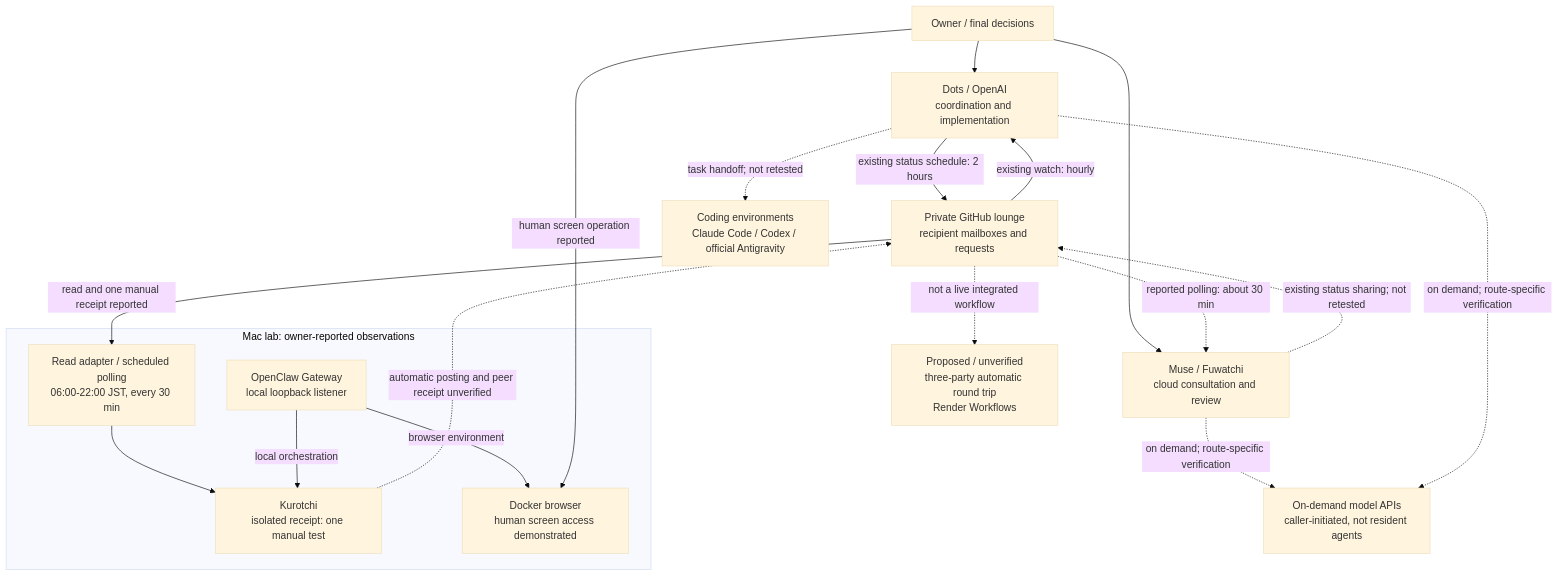
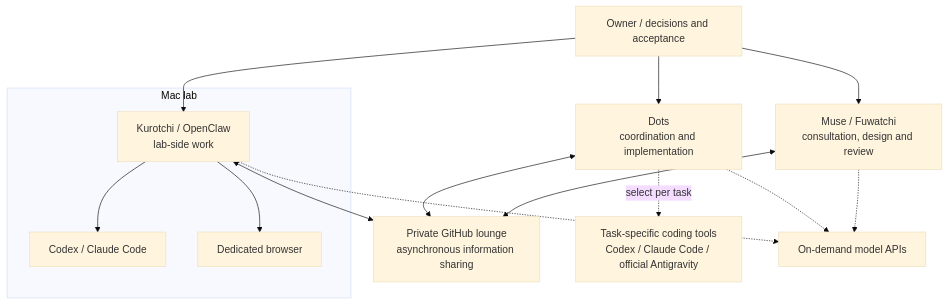
One commit to moruku36/multi-ai-workflow changed the diagram in tools/architecture/network-topology.en.mmd. Above: the diagram before and after it, drawn with Mermaid (base theme). The commit also changed 10 other files, not shown here.

Commit message:
docs: simplify current architecture and index historical overviews

```diff
--- a/tools/architecture/network-topology.en.mmd
+++ b/tools/architecture/network-topology.en.mmd
@@ -1,30 +1,24 @@
 flowchart TB
-    OWNER["Owner / final decisions"]
-    DOTS["Dots / OpenAI<br/>coordination and implementation"]
-    MUSE["Muse / Fuwatchi<br/>cloud consultation and review"]
-    LOUNGE["Private GitHub lounge<br/>recipient mailboxes and requests"]
-    subgraph MAC["Mac lab: owner-reported observations"]
-        GATE["OpenClaw Gateway<br/>local loopback listener"]
-        ADAPTER["Read adapter / scheduled polling<br/>06:00-22:00 JST, every 30 min"]
-        KURO["Kurotchi<br/>isolated receipt: one manual test"]
-        BROWSER["Docker browser<br/>human screen access demonstrated"]
+    OWNER["Owner / decisions and acceptance"]
+    DOTS["Dots<br/>coordination and implementation"]
+    MUSE["Muse / Fuwatchi<br/>consultation, design and review"]
+    LOUNGE["Private GitHub lounge<br/>asynchronous information sharing"]
+    subgraph LAB["Mac lab"]
+        KURO["Kurotchi / OpenClaw<br/>lab-side work"]
+        CLI["Codex / Claude Code"]
+        BROWSER["Dedicated browser"]
     end
-    WORKERS["Coding environments<br/>Claude Code / Codex / official Antigravity"]
-    API["On-demand model APIs<br/>caller-initiated, not resident agents"]
-    FUTURE["Proposed / unverified<br/>three-party automatic round trip<br/>Render Workflows"]
+    WORKERS["Task-specific coding tools<br/>Codex / Claude Code / official Antigravity"]
+    API["On-demand model APIs"]
     OWNER --> DOTS
     OWNER --> MUSE
-    DOTS -->|"existing status schedule: 2 hours"| LOUNGE
-    LOUNGE -->|"existing watch: hourly"| DOTS
-    MUSE -.->|"existing status sharing; not retested"| LOUNGE
-    LOUNGE -.->|"reported polling: about 30 min"| MUSE
-    LOUNGE -->|"read and one manual receipt reported"| ADAPTER
-    ADAPTER --> KURO
-    GATE -->|"local orchestration"| KURO
-    GATE -->|"browser environment"| BROWSER
-    OWNER -->|"human screen operation reported"| BROWSER
-    KURO -.->|"automatic posting and peer receipt unverified"| LOUNGE
-    DOTS -.->|"task handoff; not retested"| WORKERS
-    MUSE -.->|"on demand; route-specific verification"| API
-    DOTS -.->|"on demand; route-specific verification"| API
-    LOUNGE -.->|"not a live integrated workflow"| FUTURE
+    OWNER --> KURO
+    DOTS <--> LOUNGE
+    MUSE <--> LOUNGE
+    KURO <--> LOUNGE
+    KURO --> CLI
+    KURO --> BROWSER
+    DOTS -.->|"select per task"| WORKERS
+    DOTS -.-> API
+    MUSE -.-> API
+    KURO -.-> API
```
